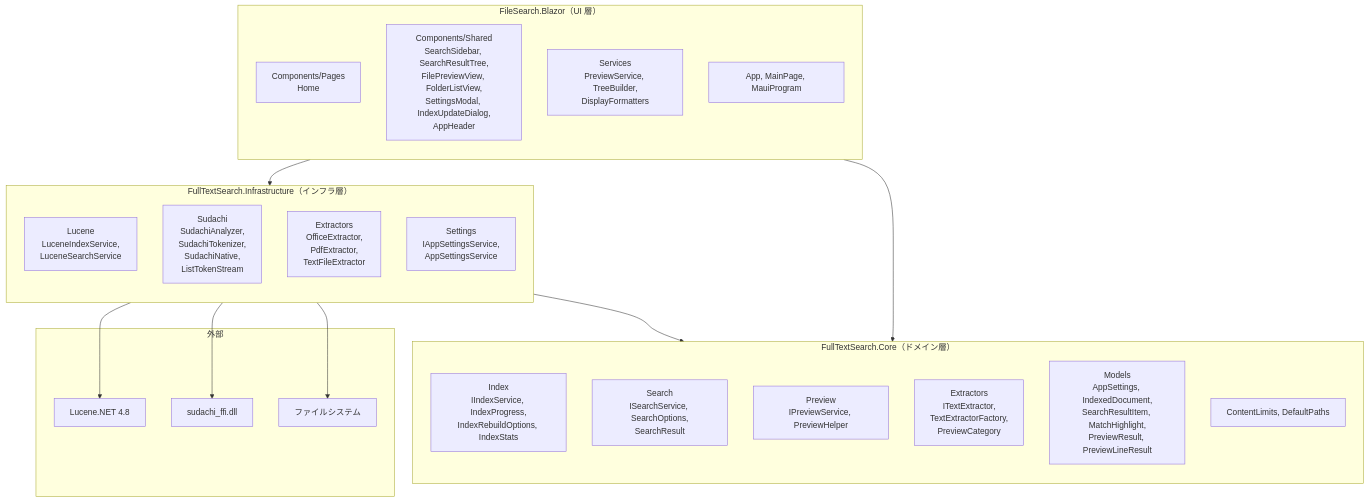
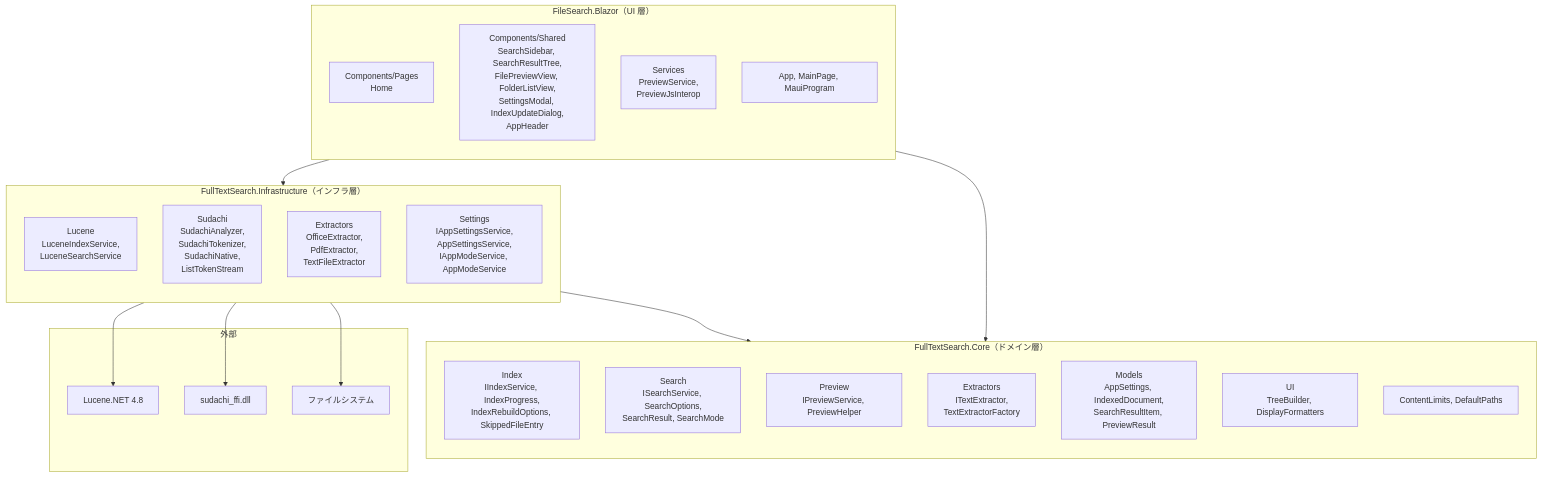
One commit to zndmonya-dot/FileSearchApp- changed the second of 15 diagrams in docs/UML図.md. Above: the diagram before and after it, drawn with Mermaid. The commit also changed other lines of this file and 15 other files, not shown here.

````diff
--- a/docs/UML図.md
+++ b/docs/UML図.md
@@ -47,41 +47,42 @@
 ```mermaid
 graph TB
     subgraph UI ["FileSearch.Blazor（UI 層）"]
         direction TB
         Pages["Components/Pages<br/>Home"]
         Shared["Components/Shared<br/>SearchSidebar, SearchResultTree,<br/>FilePreviewView, FolderListView,<br/>SettingsModal, IndexUpdateDialog,<br/>AppHeader"]
-        BlazorSvc["Services<br/>PreviewService, TreeBuilder,<br/>DisplayFormatters"]
+        BlazorSvc["Services<br/>PreviewService,<br/>PreviewJsInterop"]
         MAUI["App, MainPage, MauiProgram"]
     end
 
     subgraph Core ["FullTextSearch.Core（ドメイン層）"]
         direction TB
-        CoreIdx["Index<br/>IIndexService, IndexProgress,<br/>IndexRebuildOptions, IndexStats"]
-        CoreSearch["Search<br/>ISearchService, SearchOptions,<br/>SearchResult"]
+        CoreIdx["Index<br/>IIndexService, IndexProgress,<br/>IndexRebuildOptions, SkippedFileEntry"]
+        CoreSearch["Search<br/>ISearchService, SearchOptions,<br/>SearchResult, SearchMode"]
         CorePreview["Preview<br/>IPreviewService, PreviewHelper"]
-        CoreExt["Extractors<br/>ITextExtractor,<br/>TextExtractorFactory,<br/>PreviewCategory"]
-        CoreModels["Models<br/>AppSettings, IndexedDocument,<br/>SearchResultItem, MatchHighlight,<br/>PreviewResult, PreviewLineResult"]
+        CoreExt["Extractors<br/>ITextExtractor,<br/>TextExtractorFactory"]
+        CoreModels["Models<br/>AppSettings, IndexedDocument,<br/>SearchResultItem, PreviewResult"]
+        CoreUI["UI<br/>TreeBuilder, DisplayFormatters"]
         CoreConst["ContentLimits, DefaultPaths"]
     end
 
     subgraph Infra ["FullTextSearch.Infrastructure（インフラ層）"]
         direction TB
         InfraLucene["Lucene<br/>LuceneIndexService,<br/>LuceneSearchService"]
         InfraSudachi["Sudachi<br/>SudachiAnalyzer,<br/>SudachiTokenizer,<br/>SudachiNative,<br/>ListTokenStream"]
         InfraExt["Extractors<br/>OfficeExtractor,<br/>PdfExtractor,<br/>TextFileExtractor"]
-        InfraSettings["Settings<br/>IAppSettingsService,<br/>AppSettingsService"]
+        InfraSettings["Settings<br/>IAppSettingsService,<br/>AppSettingsService,<br/>IAppModeService, AppModeService"]
     end
 
     subgraph External ["外部"]
         Lucene["Lucene.NET 4.8"]
         SudachiDll["sudachi_ffi.dll"]
         FS["ファイルシステム"]
     end
 
     UI --> Core
     UI --> Infra
     Infra --> Core
     InfraLucene --> Lucene
     InfraSudachi --> SudachiDll
     InfraExt --> FS
 ```
````
